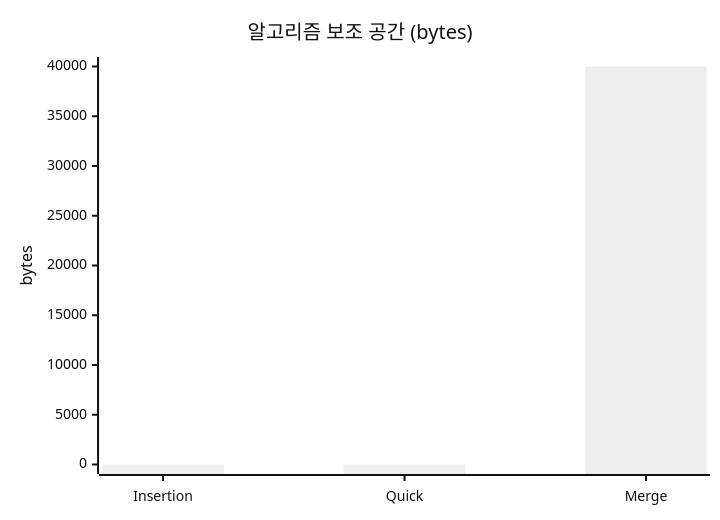
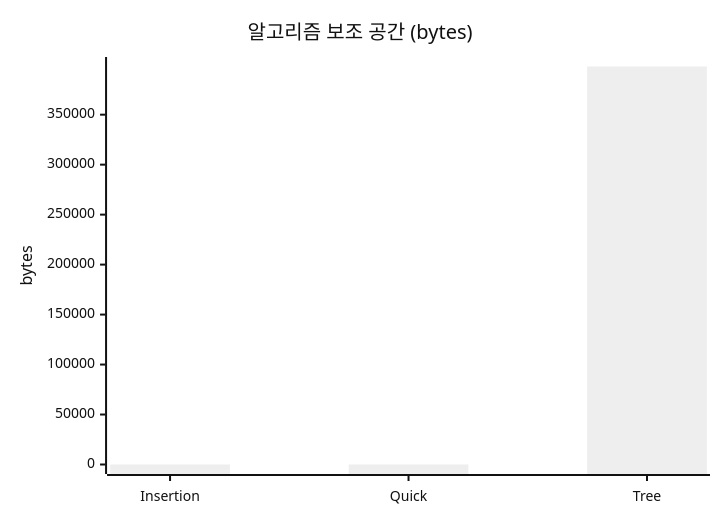
The eighth of 10 diagrams in report.md (ramzz527/hw1-2026-SeminAhn), drawn with Mermaid (neutral theme) before and after one commit. The commit also changed other lines of this file and 11 other files, not shown here.

````diff
--- a/report.md
+++ b/report.md
@@ -162,7 +294,7 @@
 ```mermaid
 xychart-beta
     title "알고리즘 보조 공간 (bytes)"
-    x-axis ["Insertion", "Quick", "Merge"]
-    y-axis "bytes" 0 --> 40000
-    bar [4, 8, 40000]
+    x-axis ["Insertion", "Quick", "Tree"]
+    y-axis "bytes" 0 --> 398200
+    bar [4, 8, 398200]
 ```
````
